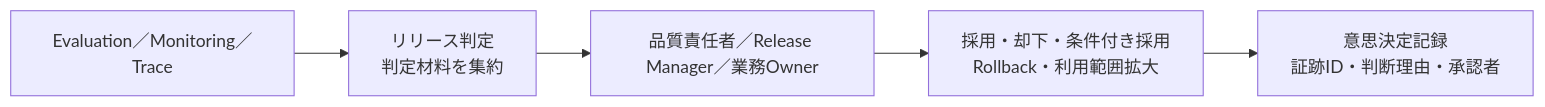
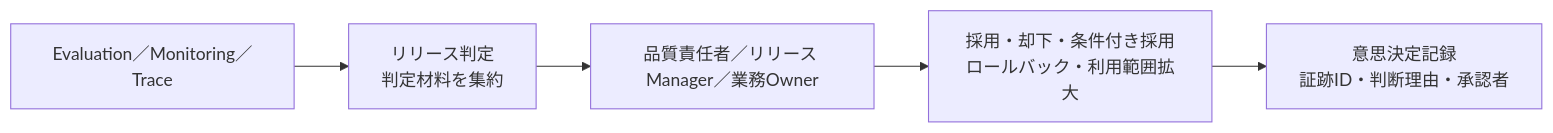
Before and after one commit to junTaniguchi/llm_ops: the third of 18 diagrams in 技術レポート作成マルチエージェント_完成版.md, drawn with Mermaid. The commit also changed other lines of this file, not shown here.

````diff
--- a/技術レポート作成マルチエージェント_完成版.md
+++ b/技術レポート作成マルチエージェント_完成版.md
@@ -128,7 +178,7 @@
 ```mermaid
 flowchart LR
     E["Evaluation／Monitoring／Trace"] --> G["リリース判定<br/>判定材料を集約"]
-    G --> H["品質責任者／Release Manager／業務Owner"]
-    H --> D["採用・却下・条件付き採用<br/>Rollback・利用範囲拡大"]
+    G --> H["品質責任者／リリース Manager／業務Owner"]
+    H --> D["採用・却下・条件付き採用<br/>ロールバック・利用範囲拡大"]
     D --> L["意思決定記録<br/>証跡ID・判断理由・承認者"]
 ```
````
